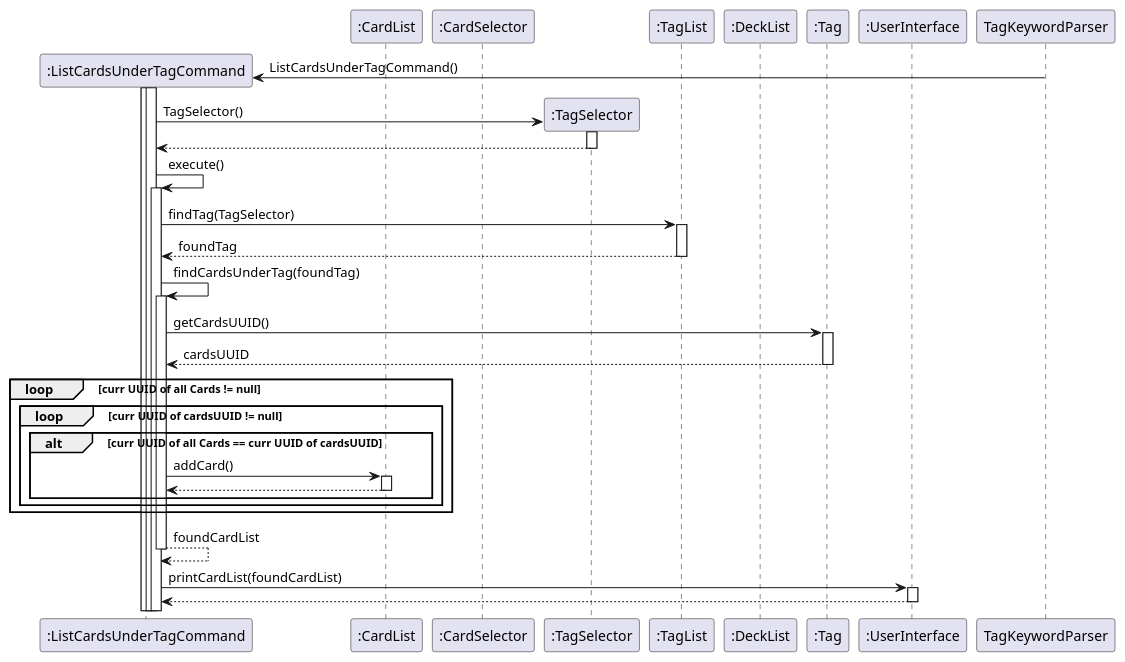
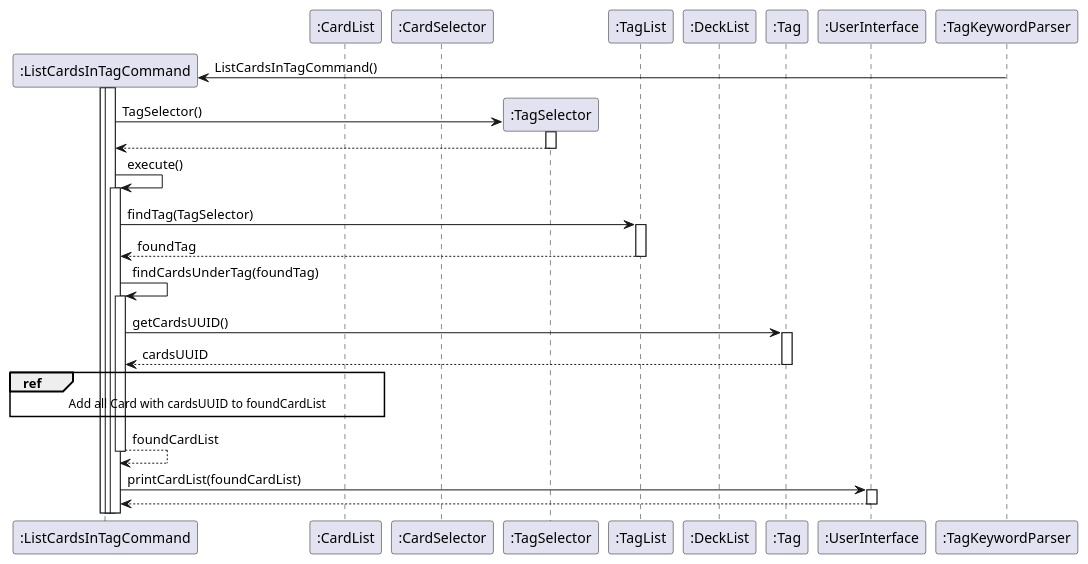
The diagram in docs/uml/ListCardsUnderTag.puml (nus-cs2113-AY2223S2/tp), drawn with PlantUML before and after one commit. The commit also changed 20 other files, not shown here.

Commit message:
docs : abstract out seq diagrams into ref frames

```diff
--- a/docs/uml/ListCardsUnderTag.puml
+++ b/docs/uml/ListCardsUnderTag.puml
@@ -1,48 +1,53 @@
 @startuml
 autoactivate on
 
-participant ":ListCardsUnderTagCommand" as ListCardsUnderTagCommand
+participant ":ListCardsInTagCommand" as ListCardsInTagCommand
 participant ":TagList" as TagList
 participant ":CardList" as CardList
 participant ":CardSelector" as CardSelector
 participant ":TagSelector" as TagSelector
 participant ":TagList" as TagList
 participant ":DeckList" as DeckList
 participant ":Tag" as Tag
 
 participant ":UserInterface" as UserInterface
+participant ":TagKeywordParser" as TagKeywordParser
 
 
-Create ListCardsUnderTagCommand
-TagKeywordParser -> ListCardsUnderTagCommand : ListCardsUnderTagCommand()
-activate ListCardsUnderTagCommand
+Create ListCardsInTagCommand
+TagKeywordParser -> ListCardsInTagCommand : ListCardsInTagCommand()
+activate ListCardsInTagCommand
 
 Create TagSelector
-ListCardsUnderTagCommand -> TagSelector : TagSelector()
+ListCardsInTagCommand -> TagSelector : TagSelector()
 return
 
 
-ListCardsUnderTagCommand -> ListCardsUnderTagCommand: execute()
-ListCardsUnderTagCommand -> TagList : findTag(TagSelector)
+ListCardsInTagCommand -> ListCardsInTagCommand: execute()
+ListCardsInTagCommand -> TagList : findTag(TagSelector)
 return foundTag
 
-ListCardsUnderTagCommand -> ListCardsUnderTagCommand : findCardsUnderTag(foundTag)
-ListCardsUnderTagCommand -> Tag : getCardsUUID()
+ListCardsInTagCommand -> ListCardsInTagCommand : findCardsUnderTag(foundTag)
+ListCardsInTagCommand -> Tag : getCardsUUID()
 return cardsUUID
 
-loop curr UUID of all Cards != null
-    loop curr UUID of cardsUUID != null
-      alt curr UUID of all Cards == curr UUID of cardsUUID
-        ListCardsUnderTagCommand -> CardList : addCard()
-         return
-       end
-      end loop
 
-end loop
+ref over ListCardsInTagCommand, CardList
+Add all Card with cardsUUID to foundCardList
+end ref
+
+'loop curr UUID of all Cards != null
+'    loop curr UUID of cardsUUID != null
+'      alt curr UUID of all Cards == curr UUID of cardsUUID
+'        ListCardsInTagCommand -> CardList : addCard()
+'         return
+'       end
+'      end loop
+'end loop
 
 return foundCardList
 
-ListCardsUnderTagCommand -> UserInterface : printCardList(foundCardList)
+ListCardsInTagCommand -> UserInterface : printCardList(foundCardList)
 return
 
 @enduml
```
